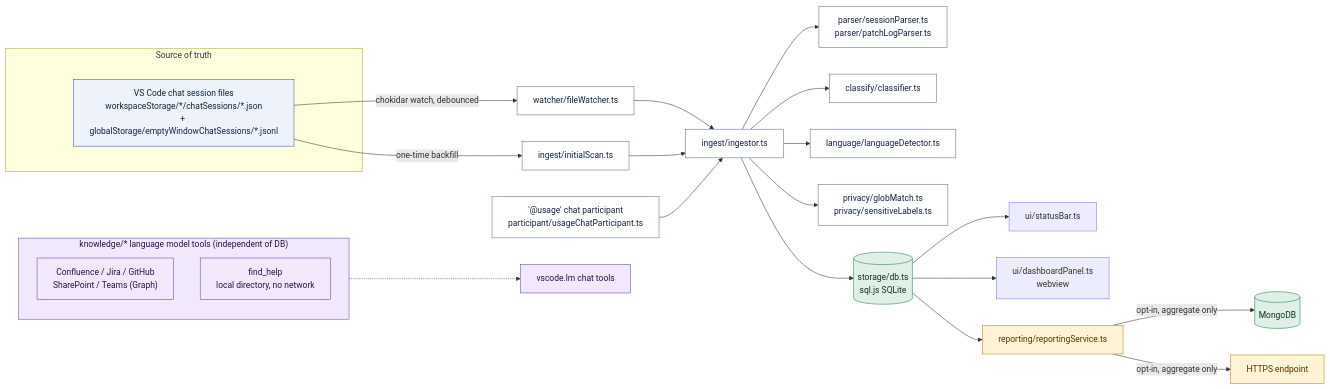
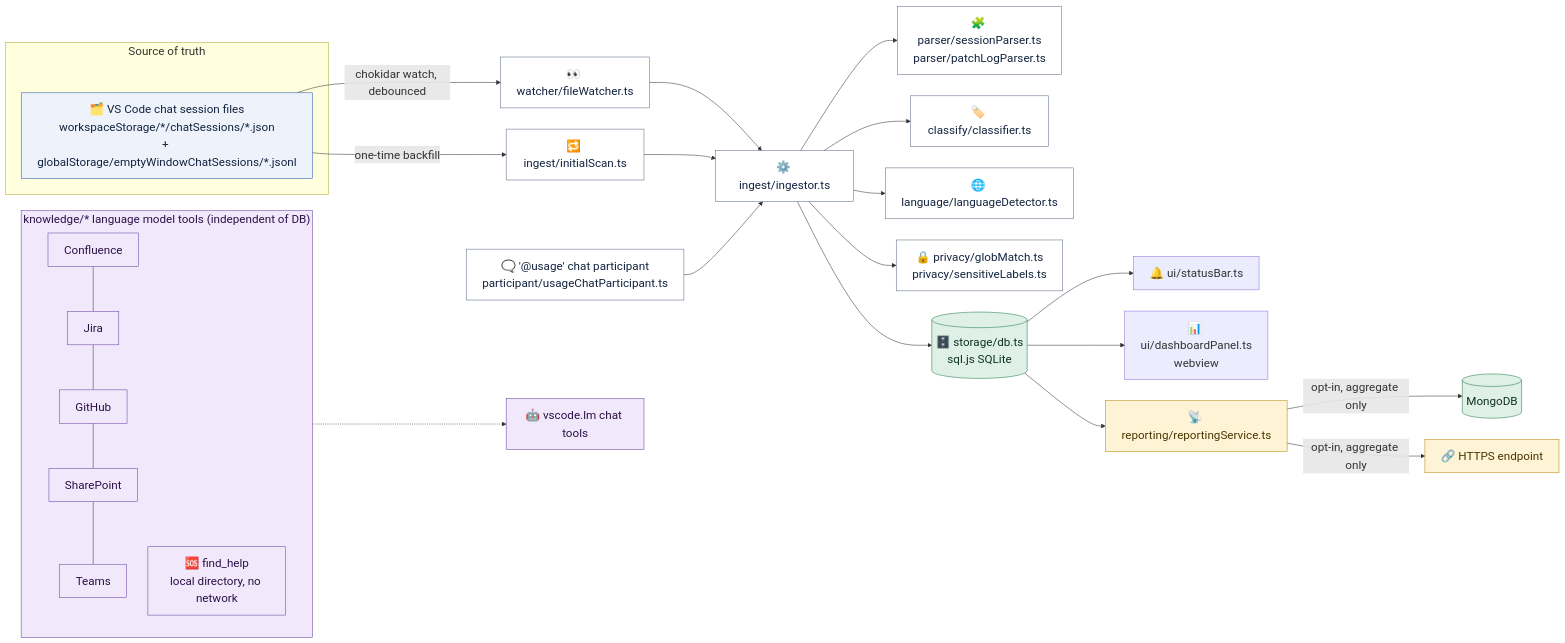
The diagram in media/architecture-diagram.mmd (VA24d/VS-Copilot-extension), drawn with Mermaid before and after one commit. The commit also changed 20 other files, not shown here.

```diff
--- a/media/architecture-diagram.mmd
+++ b/media/architecture-diagram.mmd
@@ -1,40 +1,46 @@
+%%{init: {"flowchart": {"htmlLabels": true, "curve": "basis", "nodeSpacing": 40, "rankSpacing": 60}, "themeVariables": {"fontSize": "22px"}} }%%
 flowchart LR
     subgraph SRC["Source of truth"]
-        CSF["VS Code chat session files<br/>workspaceStorage/*/chatSessions/*.json<br/>+ globalStorage/emptyWindowChatSessions/*.jsonl"]
+        CSF["🗂️ VS Code chat session files<br/>workspaceStorage/*/chatSessions/*.json<br/>+ globalStorage/emptyWindowChatSessions/*.jsonl"]
     end
 
-    CSF -->|"chokidar watch, debounced"| FW["watcher/fileWatcher.ts"]
-    FW --> ING["ingest/ingestor.ts"]
-    CSF -->|"one-time backfill"| SCAN["ingest/initialScan.ts"]
+    CSF -->|"chokidar watch, debounced"| FW["👀 watcher/fileWatcher.ts"]
+    FW --> ING["⚙️ ingest/ingestor.ts"]
+    CSF -->|"one-time backfill"| SCAN["🔁 ingest/initialScan.ts"]
     SCAN --> ING
-    PART["'@usage' chat participant<br/>participant/usageChatParticipant.ts"] --> ING
+    PART["🗨️ '@usage' chat participant<br/>participant/usageChatParticipant.ts"] --> ING
 
-    ING --> PARSE["parser/sessionParser.ts<br/>parser/patchLogParser.ts"]
-    ING --> CLASS["classify/classifier.ts"]
-    ING --> LANG["language/languageDetector.ts"]
-    ING --> PRIV["privacy/globMatch.ts<br/>privacy/sensitiveLabels.ts"]
-    ING --> DB[("storage/db.ts<br/>sql.js SQLite")]
+    ING --> PARSE["🧩 parser/sessionParser.ts<br/>parser/patchLogParser.ts"]
+    ING --> CLASS["🏷️ classify/classifier.ts"]
+    ING --> LANG["🌐 language/languageDetector.ts"]
+    ING --> PRIV["🔒 privacy/globMatch.ts<br/>privacy/sensitiveLabels.ts"]
+    ING --> DB[("🗄️ storage/db.ts<br/>sql.js SQLite")]
 
-    DB --> SB["ui/statusBar.ts"]
-    DB --> DASH["ui/dashboardPanel.ts<br/>webview"]
-    DB --> REPORT["reporting/reportingService.ts"]
+    DB --> SB["🔔 ui/statusBar.ts"]
+    DB --> DASH["📊 ui/dashboardPanel.ts<br/>webview"]
+    DB --> REPORT["📡 reporting/reportingService.ts"]
     REPORT -->|"opt-in, aggregate only"| MONGO[("MongoDB")]
-    REPORT -->|"opt-in, aggregate only"| HTTPEP["HTTPS endpoint"]
+    REPORT -->|"opt-in, aggregate only"| HTTPEP["🔗 HTTPS endpoint"]
 
     subgraph KNOWLEDGE["knowledge/* language model tools (independent of DB)"]
-        CONF["Confluence / Jira / GitHub<br/>SharePoint / Teams (Graph)"]
-        HELP["find_help<br/>local directory, no network"]
+        CONFL["Confluence"]
+        JIRA["Jira"]
+        GH["GitHub"]
+        SP["SharePoint"]
+        TEAMS["Teams"]
+        HELP["🆘 find_help<br/>local directory, no network"]
     end
-    KNOWLEDGE -.-> VSLM["vscode.lm chat tools"]
+    CONFL --- JIRA --- GH --- SP --- TEAMS
+    KNOWLEDGE -.-> VSLM["🤖 vscode.lm chat tools"]
 
-    classDef src fill:#eef3fb,stroke:#2a5aa8,color:#12233f;
-    classDef proc fill:#ffffff,stroke:#5b6b85,color:#12233f;
-    classDef store fill:#dff0e6,stroke:#1f7a4d,color:#0e3320;
-    classDef opt fill:#fff3d6,stroke:#b8860b,color:#4a3600;
-    classDef know fill:#f1e9fb,stroke:#6b3fa0,color:#2b0f47;
+    classDef src fill:#eef3fb,stroke:#2a5aa8,color:#12233f,font-size:22px;
+    classDef proc fill:#ffffff,stroke:#5b6b85,color:#12233f,font-size:22px;
+    classDef store fill:#dff0e6,stroke:#1f7a4d,color:#0e3320,font-size:22px;
+    classDef opt fill:#fff3d6,stroke:#b8860b,color:#4a3600,font-size:22px;
+    classDef know fill:#f1e9fb,stroke:#6b3fa0,color:#2b0f47,font-size:22px;
 
     class CSF src;
     class FW,ING,SCAN,PART,PARSE,CLASS,LANG,PRIV proc;
     class DB,MONGO store;
     class REPORT,HTTPEP opt;
-    class KNOWLEDGE,CONF,HELP,VSLM know;
+    class KNOWLEDGE,CONFL,JIRA,GH,SP,TEAMS,HELP,VSLM know;
```
